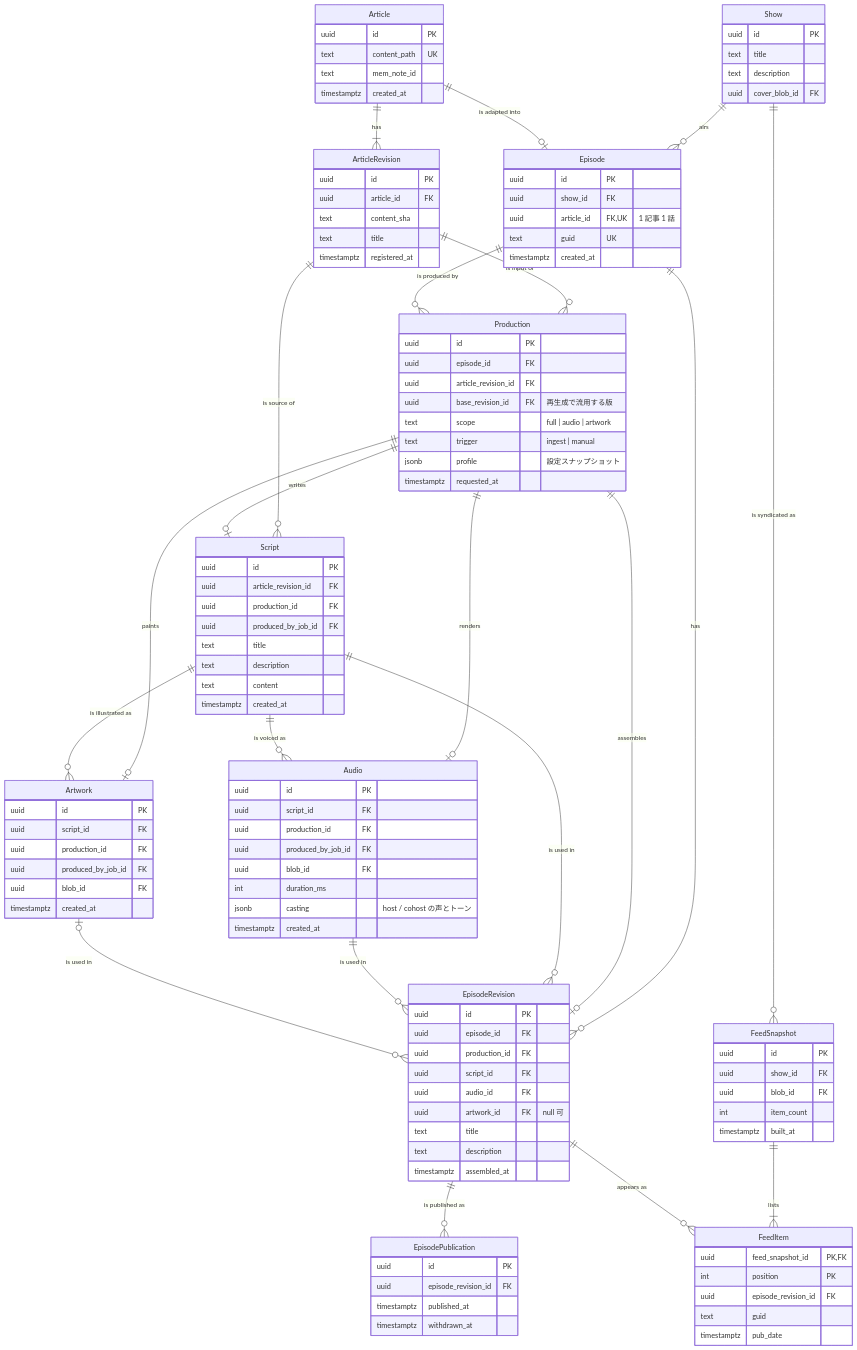
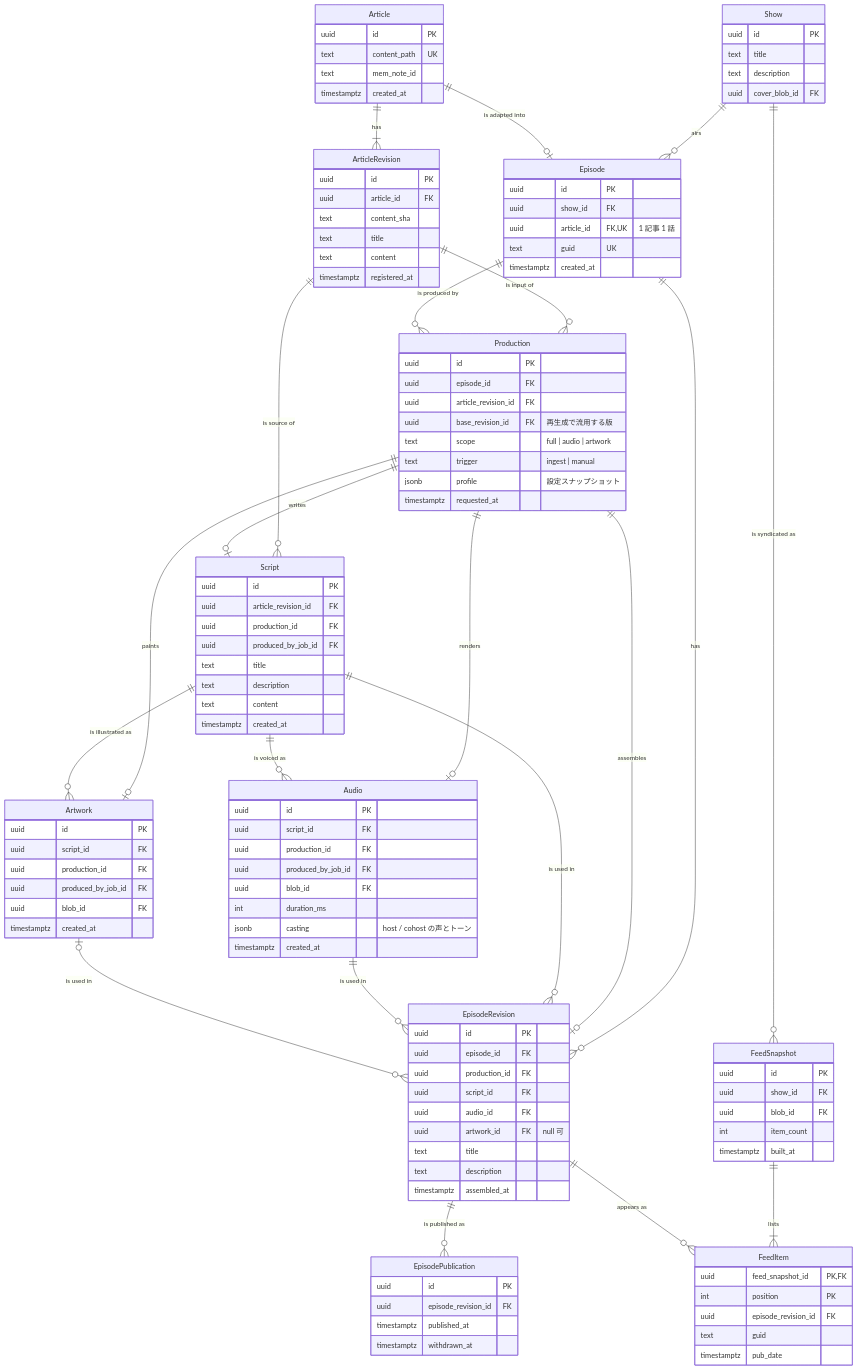
One commit to hskksk/podcaster changed the second of 7 diagrams in docs/architecture/podcast-domain-model-tobe.md. Above: the diagram before and after it, drawn with Mermaid. The commit also changed other lines of this file, not shown here.

Commit message:
docs(architecture): decide event delivery, publish entry points and article body in events

```diff
--- a/docs/architecture/podcast-domain-model-tobe.md
+++ b/docs/architecture/podcast-domain-model-tobe.md
@@ -153,6 +153,7 @@
     uuid article_id FK
     text content_sha
     text title
+    text content
     timestamptz registered_at
   }
   Episode {
```
